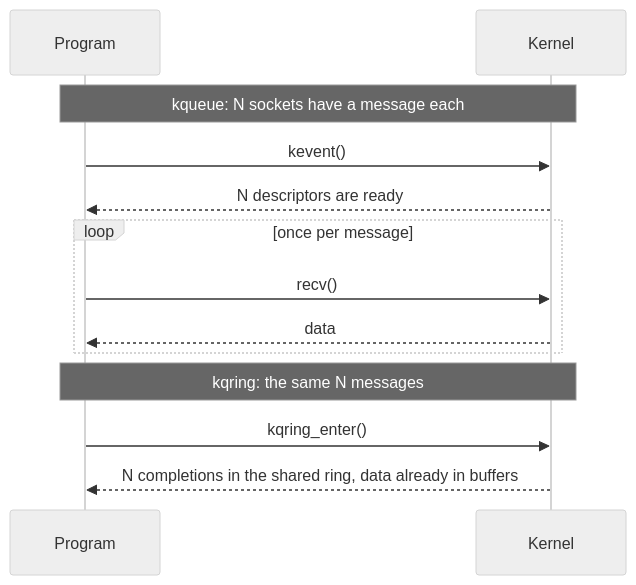
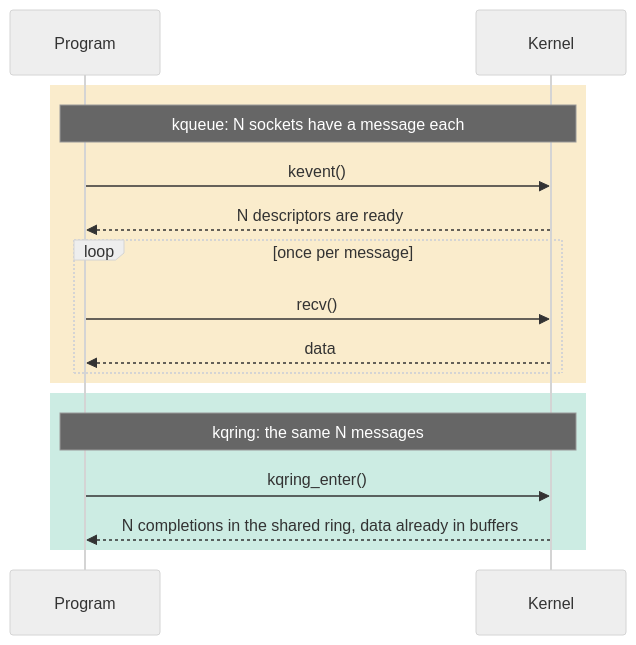
The first of 2 diagrams in README.md (grepjava/kqring), drawn with Mermaid (neutral theme) before and after one commit. The commit also changed other lines of this file and 1 other file, not shown here.

Commit message:
Docs: color the diagrams by role
Every Mermaid diagram uses one colorblind-safe palette, with a key in ARCHITECTURE.MD. Two labels in the request lifecycle diagram overlapped, so they are shorter and the text below it carries the detail.

````diff
--- a/README.md
+++ b/README.md
@@ -28,15 +28,19 @@
 ```mermaid
 sequenceDiagram
     participant P as Program
     participant K as Kernel
-    Note over P,K: kqueue: N sockets have a message each
-    P->>K: kevent()
-    K-->>P: N descriptors are ready
-    loop once per message
-        P->>K: recv()
-        K-->>P: data
+    rect rgba(230,159,0,0.2)
+        Note over P,K: kqueue: N sockets have a message each
+        P->>K: kevent()
+        K-->>P: N descriptors are ready
+        loop once per message
+            P->>K: recv()
+            K-->>P: data
+        end
     end
-    Note over P,K: kqring: the same N messages
-    P->>K: kqring_enter()
-    K-->>P: N completions in the shared ring, data already in buffers
+    rect rgba(0,158,115,0.2)
+        Note over P,K: kqring: the same N messages
+        P->>K: kqring_enter()
+        K-->>P: N completions in the shared ring, data already in buffers
+    end
 ```
````
